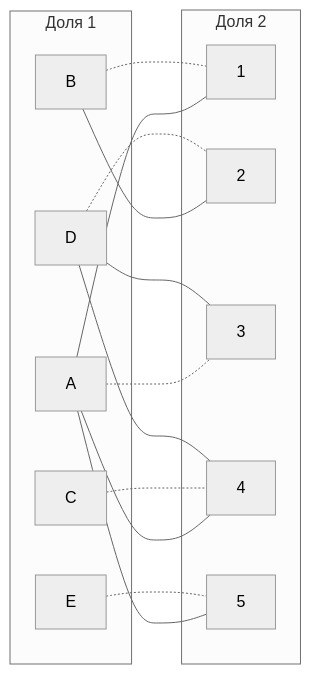
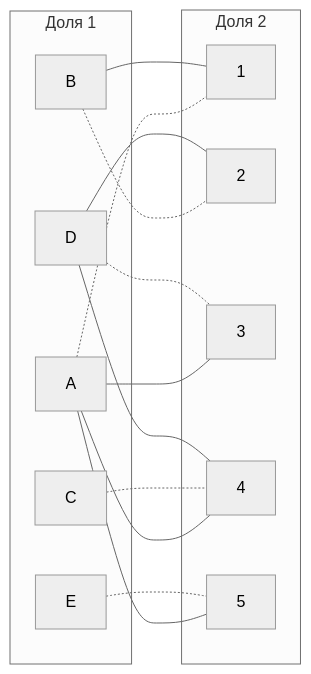
One commit to hse-algo-24-crow/manual-tasks-crow changed diagram 14 of 14 in task-8/Milty-task-8.md. Above: the diagram before and after it, drawn with Mermaid (neutral theme). The commit also changed other lines of this file, not shown here.

````diff
--- a/task-8/Milty-task-8.md
+++ b/task-8/Milty-task-8.md
@@ -381,28 +417,30 @@
 ```mermaid
 graph LR
     subgraph "Доля 1"
         A[A]
         B[B]
         C[C]
         D[D]
         E[E]
     end
     subgraph "Доля 2"
         1[1]
         2[2]
         3[3]
         4[4]
         5[5]
     end
     A --- 4
-    A --- 1
+    A --- 3
     A --- 5
-    A -.- 3
-    B -.- 1
-    B --- 2
+    A -.- 1
+    B --- 1
+    B -.- 2
+    
     C -.- 4
+    D --- 2
     D --- 4
-    D -.- 2
-    D --- 3
+    D -.- 3
+    
     E -.- 5
 ```
````
